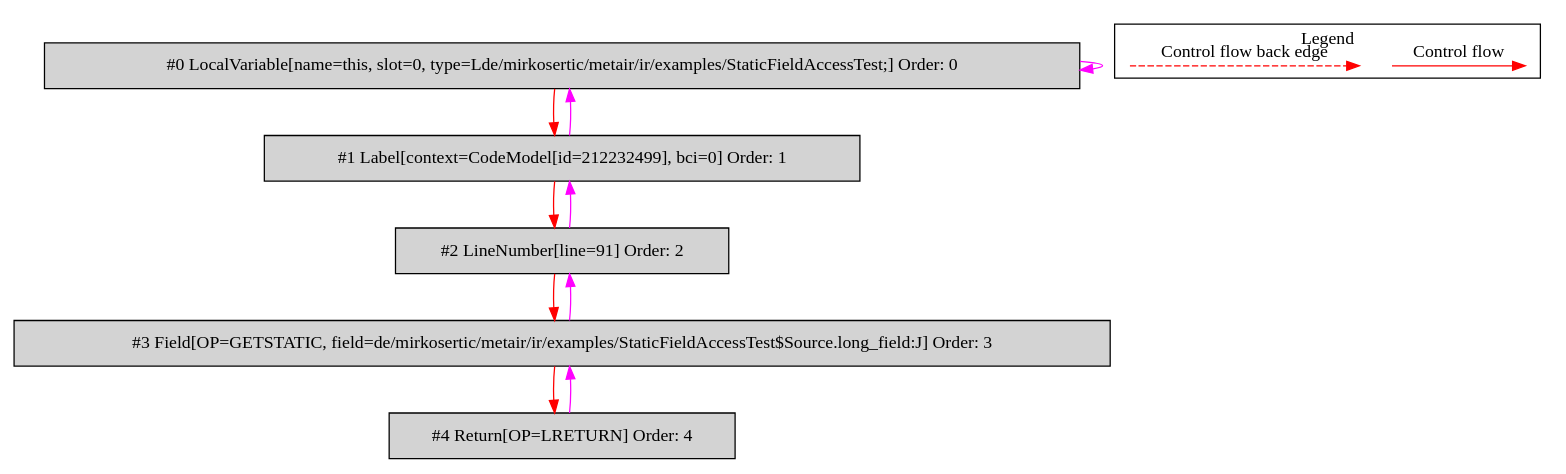
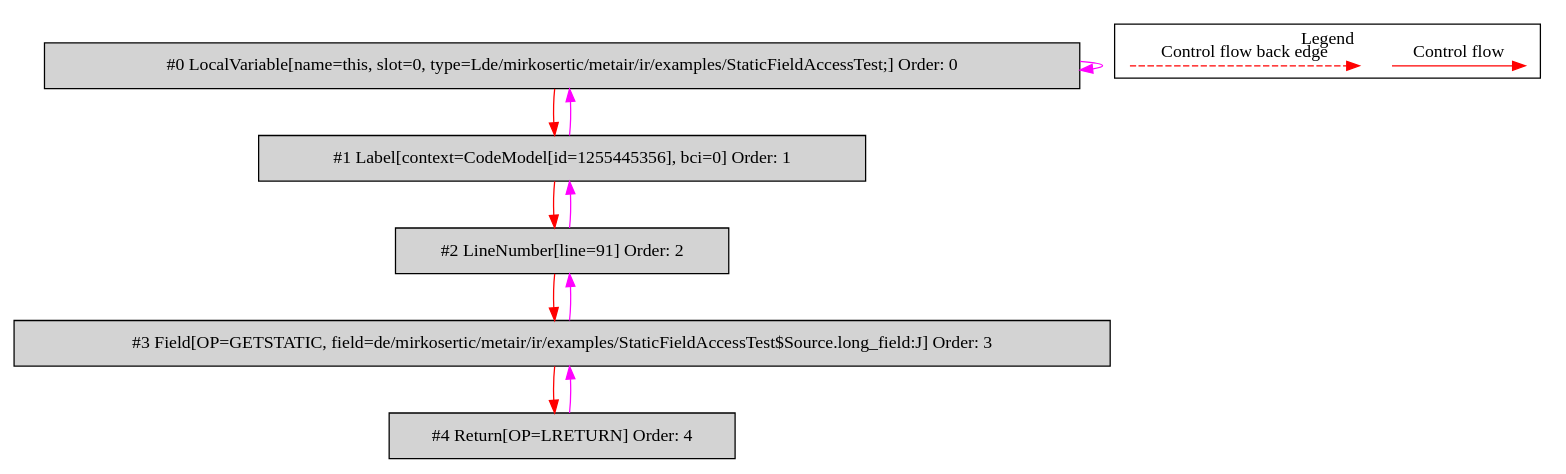
Before and after one commit to mirkosertic/MetaIR: the diagram in de.mirkosertic.metair.ir.examples.StaticFieldAccessTest/return_long/bytecodecfg.dot, drawn with Graphviz. The commit also changed 508 other files, not shown here.

```diff
--- a/de.mirkosertic.metair.ir.examples.StaticFieldAccessTest/return_long/bytecodecfg.dot
+++ b/de.mirkosertic.metair.ir.examples.StaticFieldAccessTest/return_long/bytecodecfg.dot
@@ -1,31 +1,31 @@
 digraph {
  ordering="in";
  node0[label="#0 LocalVariable[name=this, slot=0, type=Lde/mirkosertic/metair/ir/examples/StaticFieldAccessTest;] Order: 0", shape=box, fillcolor=lightgrey, style=filled];
- node1[label="#1 Label[context=CodeModel[id=212232499], bci=0] Order: 1", shape=box, fillcolor=lightgrey, style=filled];
+ node1[label="#1 Label[context=CodeModel[id=1255445356], bci=0] Order: 1", shape=box, fillcolor=lightgrey, style=filled];
  node2[label="#2 LineNumber[line=91] Order: 2", shape=box, fillcolor=lightgrey, style=filled];
  node3[label="#3 Field[OP=GETSTATIC, field=de/mirkosertic/metair/ir/examples/StaticFieldAccessTest$Source.long_field:J] Order: 3", shape=box, fillcolor=lightgrey, style=filled];
  node4[label="#4 Return[OP=LRETURN] Order: 4", shape=box, fillcolor=lightgrey, style=filled];
  node0 -> node0[color=fuchsia];
  node0 -> node1[color=red];
  node1 -> node0[color=fuchsia];
  node1 -> node2[color=red];
  node2 -> node1[color=fuchsia];
  node2 -> node3[color=red];
  node3 -> node2[color=fuchsia];
  node3 -> node4[color=red];
  node4 -> node3[color=fuchsia];
  subgraph cluster_000 {
   label = "Legend";
   node [shape=point]
   {
    rank=same;
    c0 [style = invis];
    c1 [style = invis];
    c2 [style = invis];
    c3 [style = invis];
   }
   c0 -> c1 [label="Control flow", style=solid, color=red]
   c2 -> c3 [label="Control flow back edge", style=dashed, color=red]
  }
 
 }
```
